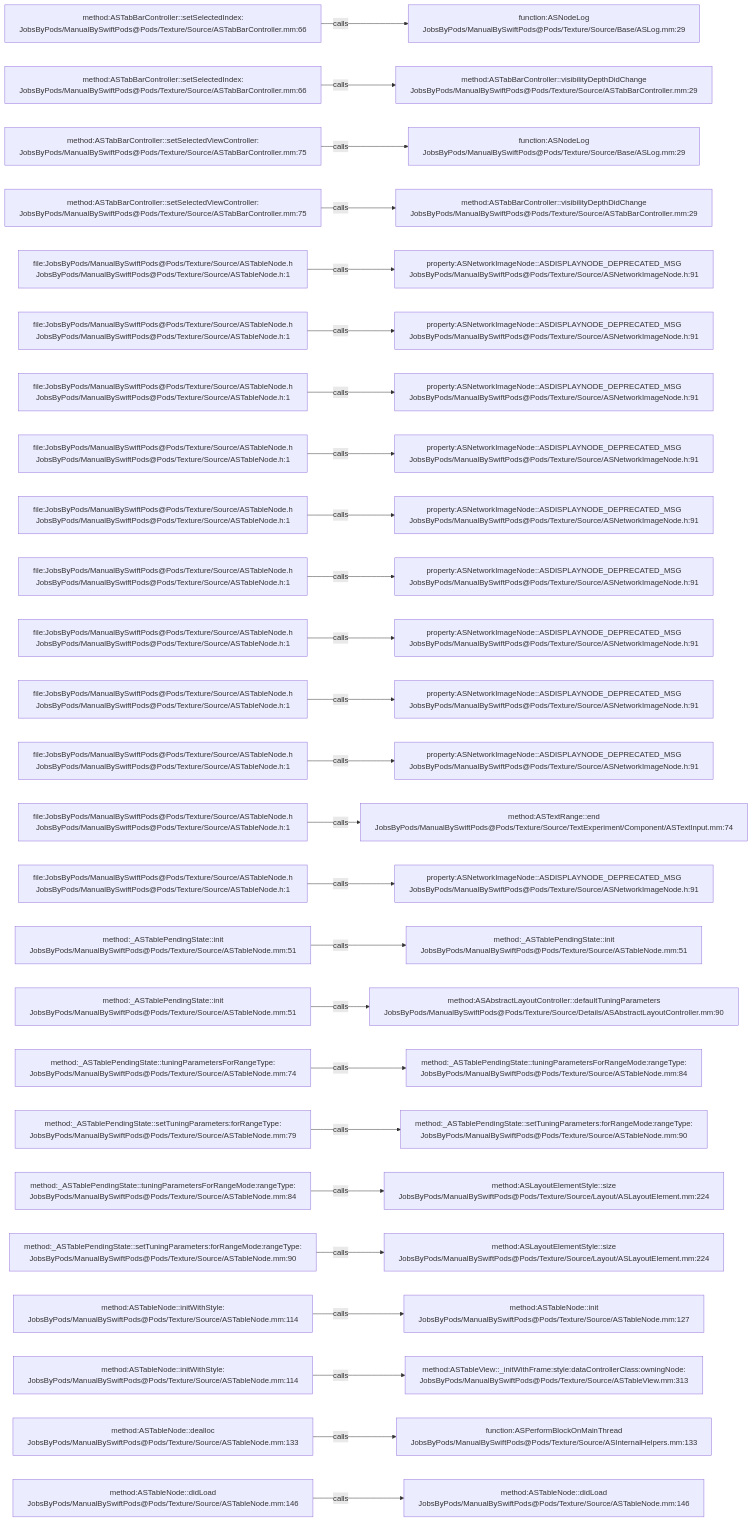
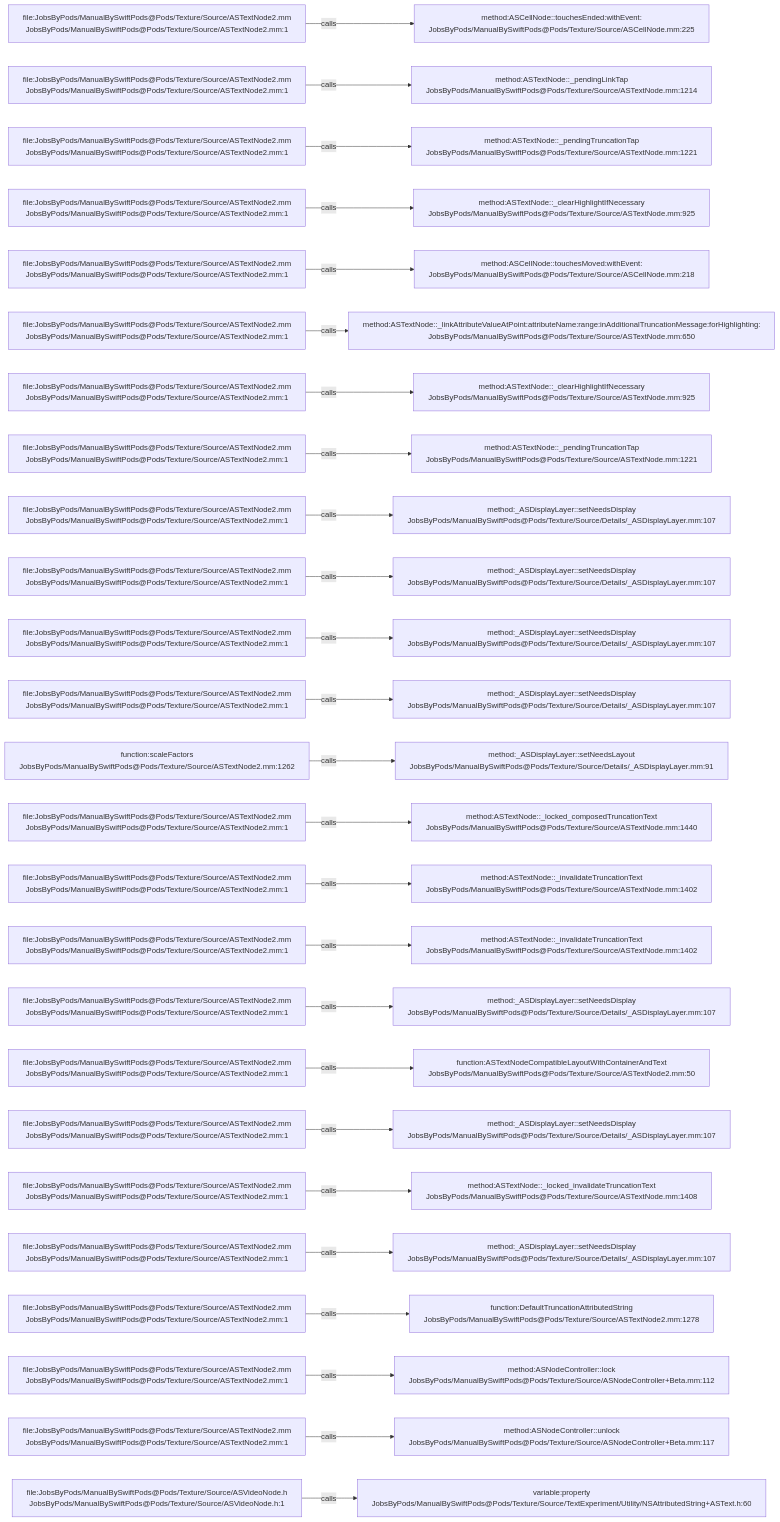
The diagram in .codegraph/codegraph.md/graphs/calls-073.md (JobsKits/JobsSwiftBaseConfigDemo), drawn with Mermaid before and after one commit. The commit also changed 832 other files, not shown here.

````diff
--- a/.codegraph/codegraph.md/graphs/calls-073.md
+++ b/.codegraph/codegraph.md/graphs/calls-073.md
@@ -13,78 +13,78 @@
 ```mermaid
 flowchart LR
-  S1["method:ASTabBarController::setSelectedIndex:<br/>JobsByPods/ManualBySwiftPods@Pods/Texture/Source/ASTabBarController.mm:66"]
-  T1["function:ASNodeLog<br/>JobsByPods/ManualBySwiftPods@Pods/Texture/Source/Base/ASLog.mm:29"]
+  S1["file:JobsByPods/ManualBySwiftPods@Pods/Texture/Source/ASTextNode2.mm<br/>JobsByPods/ManualBySwiftPods@Pods/Texture/Source/ASTextNode2.mm:1"]
+  T1["method:ASCellNode::touchesEnded:withEvent:<br/>JobsByPods/ManualBySwiftPods@Pods/Texture/Source/ASCellNode.mm:225"]
   S1 -->|calls| T1
-  S2["method:ASTabBarController::setSelectedIndex:<br/>JobsByPods/ManualBySwiftPods@Pods/Texture/Source/ASTabBarController.mm:66"]
-  T2["method:ASTabBarController::visibilityDepthDidChange<br/>JobsByPods/ManualBySwiftPods@Pods/Texture/Source/ASTabBarController.mm:29"]
+  S2["file:JobsByPods/ManualBySwiftPods@Pods/Texture/Source/ASTextNode2.mm<br/>JobsByPods/ManualBySwiftPods@Pods/Texture/Source/ASTextNode2.mm:1"]
+  T2["method:ASTextNode::_pendingLinkTap<br/>JobsByPods/ManualBySwiftPods@Pods/Texture/Source/ASTextNode.mm:1214"]
   S2 -->|calls| T2
-  S3["method:ASTabBarController::setSelectedViewController:<br/>JobsByPods/ManualBySwiftPods@Pods/Texture/Source/ASTabBarController.mm:75"]
-  T3["function:ASNodeLog<br/>JobsByPods/ManualBySwiftPods@Pods/Texture/Source/Base/ASLog.mm:29"]
+  S3["file:JobsByPods/ManualBySwiftPods@Pods/Texture/Source/ASTextNode2.mm<br/>JobsByPods/ManualBySwiftPods@Pods/Texture/Source/ASTextNode2.mm:1"]
+  T3["method:ASTextNode::_pendingTruncationTap<br/>JobsByPods/ManualBySwiftPods@Pods/Texture/Source/ASTextNode.mm:1221"]
   S3 -->|calls| T3
-  S4["method:ASTabBarController::setSelectedViewController:<br/>JobsByPods/ManualBySwiftPods@Pods/Texture/Source/ASTabBarController.mm:75"]
-  T4["method:ASTabBarController::visibilityDepthDidChange<br/>JobsByPods/ManualBySwiftPods@Pods/Texture/Source/ASTabBarController.mm:29"]
+  S4["file:JobsByPods/ManualBySwiftPods@Pods/Texture/Source/ASTextNode2.mm<br/>JobsByPods/ManualBySwiftPods@Pods/Texture/Source/ASTextNode2.mm:1"]
+  T4["method:ASTextNode::_clearHighlightIfNecessary<br/>JobsByPods/ManualBySwiftPods@Pods/Texture/Source/ASTextNode.mm:925"]
   S4 -->|calls| T4
-  S5["file:JobsByPods/ManualBySwiftPods@Pods/Texture/Source/ASTableNode.h<br/>JobsByPods/ManualBySwiftPods@Pods/Texture/Source/ASTableNode.h:1"]
-  T5["property:ASNetworkImageNode::ASDISPLAYNODE_DEPRECATED_MSG<br/>JobsByPods/ManualBySwiftPods@Pods/Texture/Source/ASNetworkImageNode.h:91"]
+  S5["file:JobsByPods/ManualBySwiftPods@Pods/Texture/Source/ASTextNode2.mm<br/>JobsByPods/ManualBySwiftPods@Pods/Texture/Source/ASTextNode2.mm:1"]
+  T5["method:ASCellNode::touchesMoved:withEvent:<br/>JobsByPods/ManualBySwiftPods@Pods/Texture/Source/ASCellNode.mm:218"]
   S5 -->|calls| T5
-  S6["file:JobsByPods/ManualBySwiftPods@Pods/Texture/Source/ASTableNode.h<br/>JobsByPods/ManualBySwiftPods@Pods/Texture/Source/ASTableNode.h:1"]
-  T6["property:ASNetworkImageNode::ASDISPLAYNODE_DEPRECATED_MSG<br/>JobsByPods/ManualBySwiftPods@Pods/Texture/Source/ASNetworkImageNode.h:91"]
+  S6["file:JobsByPods/ManualBySwiftPods@Pods/Texture/Source/ASTextNode2.mm<br/>JobsByPods/ManualBySwiftPods@Pods/Texture/Source/ASTextNode2.mm:1"]
+  T6["method:ASTextNode::_linkAttributeValueAtPoint:attributeName:range:inAdditionalTruncationMessage:forHighlighting:<br/>JobsByPods/ManualBySwiftPods@Pods/Texture/Source/ASTextNode.mm:650"]
   S6 -->|calls| T6
-  S7["file:JobsByPods/ManualBySwiftPods@Pods/Texture/Source/ASTableNode.h<br/>JobsByPods/ManualBySwiftPods@Pods/Texture/Source/ASTableNode.h:1"]
-  T7["property:ASNetworkImageNode::ASDISPLAYNODE_DEPRECATED_MSG<br/>JobsByPods/ManualBySwiftPods@Pods/Texture/Source/ASNetworkImageNode.h:91"]
+  S7["file:JobsByPods/ManualBySwiftPods@Pods/Texture/Source/ASTextNode2.mm<br/>JobsByPods/ManualBySwiftPods@Pods/Texture/Source/ASTextNode2.mm:1"]
+  T7["method:ASTextNode::_clearHighlightIfNecessary<br/>JobsByPods/ManualBySwiftPods@Pods/Texture/Source/ASTextNode.mm:925"]
   S7 -->|calls| T7
-  S8["file:JobsByPods/ManualBySwiftPods@Pods/Texture/Source/ASTableNode.h<br/>JobsByPods/ManualBySwiftPods@Pods/Texture/Source/ASTableNode.h:1"]
-  T8["property:ASNetworkImageNode::ASDISPLAYNODE_DEPRECATED_MSG<br/>JobsByPods/ManualBySwiftPods@Pods/Texture/Source/ASNetworkImageNode.h:91"]
+  S8["file:JobsByPods/ManualBySwiftPods@Pods/Texture/Source/ASTextNode2.mm<br/>JobsByPods/ManualBySwiftPods@Pods/Texture/Source/ASTextNode2.mm:1"]
+  T8["method:ASTextNode::_pendingTruncationTap<br/>JobsByPods/ManualBySwiftPods@Pods/Texture/Source/ASTextNode.mm:1221"]
   S8 -->|calls| T8
-  S9["file:JobsByPods/ManualBySwiftPods@Pods/Texture/Source/ASTableNode.h<br/>JobsByPods/ManualBySwiftPods@Pods/Texture/Source/ASTableNode.h:1"]
-  T9["property:ASNetworkImageNode::ASDISPLAYNODE_DEPRECATED_MSG<br/>JobsByPods/ManualBySwiftPods@Pods/Texture/Source/ASNetworkImageNode.h:91"]
+  S9["file:JobsByPods/ManualBySwiftPods@Pods/Texture/Source/ASTextNode2.mm<br/>JobsByPods/ManualBySwiftPods@Pods/Texture/Source/ASTextNode2.mm:1"]
+  T9["method:_ASDisplayLayer::setNeedsDisplay<br/>JobsByPods/ManualBySwiftPods@Pods/Texture/Source/Details/_ASDisplayLayer.mm:107"]
   S9 -->|calls| T9
-  S10["file:JobsByPods/ManualBySwiftPods@Pods/Texture/Source/ASTableNode.h<br/>JobsByPods/ManualBySwiftPods@Pods/Texture/Source/ASTableNode.h:1"]
-  T10["property:ASNetworkImageNode::ASDISPLAYNODE_DEPRECATED_MSG<br/>JobsByPods/ManualBySwiftPods@Pods/Texture/Source/ASNetworkImageNode.h:91"]
+  S10["file:JobsByPods/ManualBySwiftPods@Pods/Texture/Source/ASTextNode2.mm<br/>JobsByPods/ManualBySwiftPods@Pods/Texture/Source/ASTextNode2.mm:1"]
+  T10["method:_ASDisplayLayer::setNeedsDisplay<br/>JobsByPods/ManualBySwiftPods@Pods/Texture/Source/Details/_ASDisplayLayer.mm:107"]
   S10 -->|calls| T10
-  S11["file:JobsByPods/ManualBySwiftPods@Pods/Texture/Source/ASTableNode.h<br/>JobsByPods/ManualBySwiftPods@Pods/Texture/Source/ASTableNode.h:1"]
-  T11["property:ASNetworkImageNode::ASDISPLAYNODE_DEPRECATED_MSG<br/>JobsByPods/ManualBySwiftPods@Pods/Texture/Source/ASNetworkImageNode.h:91"]
+  S11["file:JobsByPods/ManualBySwiftPods@Pods/Texture/Source/ASTextNode2.mm<br/>JobsByPods/ManualBySwiftPods@Pods/Texture/Source/ASTextNode2.mm:1"]
+  T11["method:_ASDisplayLayer::setNeedsDisplay<br/>JobsByPods/ManualBySwiftPods@Pods/Texture/Source/Details/_ASDisplayLayer.mm:107"]
   S11 -->|calls| T11
-  S12["file:JobsByPods/ManualBySwiftPods@Pods/Texture/Source/ASTableNode.h<br/>JobsByPods/ManualBySwiftPods@Pods/Texture/Source/ASTableNode.h:1"]
-  T12["property:ASNetworkImageNode::ASDISPLAYNODE_DEPRECATED_MSG<br/>JobsByPods/ManualBySwiftPods@Pods/Texture/Source/ASNetworkImageNode.h:91"]
+  S12["file:JobsByPods/ManualBySwiftPods@Pods/Texture/Source/ASTextNode2.mm<br/>JobsByPods/ManualBySwiftPods@Pods/Texture/Source/ASTextNode2.mm:1"]
+  T12["method:_ASDisplayLayer::setNeedsDisplay<br/>JobsByPods/ManualBySwiftPods@Pods/Texture/Source/Details/_ASDisplayLayer.mm:107"]
   S12 -->|calls| T12
-  S13["file:JobsByPods/ManualBySwiftPods@Pods/Texture/Source/ASTableNode.h<br/>JobsByPods/ManualBySwiftPods@Pods/Texture/Source/ASTableNode.h:1"]
-  T13["property:ASNetworkImageNode::ASDISPLAYNODE_DEPRECATED_MSG<br/>JobsByPods/ManualBySwiftPods@Pods/Texture/Source/ASNetworkImageNode.h:91"]
+  S13["function:scaleFactors<br/>JobsByPods/ManualBySwiftPods@Pods/Texture/Source/ASTextNode2.mm:1262"]
+  T13["method:_ASDisplayLayer::setNeedsLayout<br/>JobsByPods/ManualBySwiftPods@Pods/Texture/Source/Details/_ASDisplayLayer.mm:91"]
   S13 -->|calls| T13
-  S14["file:JobsByPods/ManualBySwiftPods@Pods/Texture/Source/ASTableNode.h<br/>JobsByPods/ManualBySwiftPods@Pods/Texture/Source/ASTableNode.h:1"]
-  T14["method:ASTextRange::end<br/>JobsByPods/ManualBySwiftPods@Pods/Texture/Source/TextExperiment/Component/ASTextInput.mm:74"]
+  S14["file:JobsByPods/ManualBySwiftPods@Pods/Texture/Source/ASTextNode2.mm<br/>JobsByPods/ManualBySwiftPods@Pods/Texture/Source/ASTextNode2.mm:1"]
+  T14["method:ASTextNode::_locked_composedTruncationText<br/>JobsByPods/ManualBySwiftPods@Pods/Texture/Source/ASTextNode.mm:1440"]
   S14 -->|calls| T14
-  S15["file:JobsByPods/ManualBySwiftPods@Pods/Texture/Source/ASTableNode.h<br/>JobsByPods/ManualBySwiftPods@Pods/Texture/Source/ASTableNode.h:1"]
-  T15["property:ASNetworkImageNode::ASDISPLAYNODE_DEPRECATED_MSG<br/>JobsByPods/ManualBySwiftPods@Pods/Texture/Source/ASNetworkImageNode.h:91"]
+  S15["file:JobsByPods/ManualBySwiftPods@Pods/Texture/Source/ASTextNode2.mm<br/>JobsByPods/ManualBySwiftPods@Pods/Texture/Source/ASTextNode2.mm:1"]
+  T15["method:ASTextNode::_invalidateTruncationText<br/>JobsByPods/ManualBySwiftPods@Pods/Texture/Source/ASTextNode.mm:1402"]
   S15 -->|calls| T15
-  S16["method:_ASTablePendingState::init<br/>JobsByPods/ManualBySwiftPods@Pods/Texture/Source/ASTableNode.mm:51"]
-  T16["method:_ASTablePendingState::init<br/>JobsByPods/ManualBySwiftPods@Pods/Texture/Source/ASTableNode.mm:51"]
+  S16["file:JobsByPods/ManualBySwiftPods@Pods/Texture/Source/ASTextNode2.mm<br/>JobsByPods/ManualBySwiftPods@Pods/Texture/Source/ASTextNode2.mm:1"]
+  T16["method:ASTextNode::_invalidateTruncationText<br/>JobsByPods/ManualBySwiftPods@Pods/Texture/Source/ASTextNode.mm:1402"]
   S16 -->|calls| T16
-  S17["method:_ASTablePendingState::init<br/>JobsByPods/ManualBySwiftPods@Pods/Texture/Source/ASTableNode.mm:51"]
-  T17["method:ASAbstractLayoutController::defaultTuningParameters<br/>JobsByPods/ManualBySwiftPods@Pods/Texture/Source/Details/ASAbstractLayoutController.mm:90"]
+  S17["file:JobsByPods/ManualBySwiftPods@Pods/Texture/Source/ASTextNode2.mm<br/>JobsByPods/ManualBySwiftPods@Pods/Texture/Source/ASTextNode2.mm:1"]
+  T17["method:_ASDisplayLayer::setNeedsDisplay<br/>JobsByPods/ManualBySwiftPods@Pods/Texture/Source/Details/_ASDisplayLayer.mm:107"]
   S17 -->|calls| T17
-  S18["method:_ASTablePendingState::tuningParametersForRangeType:<br/>JobsByPods/ManualBySwiftPods@Pods/Texture/Source/ASTableNode.mm:74"]
-  T18["method:_ASTablePendingState::tuningParametersForRangeMode:rangeType:<br/>JobsByPods/ManualBySwiftPods@Pods/Texture/Source/ASTableNode.mm:84"]
+  S18["file:JobsByPods/ManualBySwiftPods@Pods/Texture/Source/ASTextNode2.mm<br/>JobsByPods/ManualBySwiftPods@Pods/Texture/Source/ASTextNode2.mm:1"]
+  T18["function:ASTextNodeCompatibleLayoutWithContainerAndText<br/>JobsByPods/ManualBySwiftPods@Pods/Texture/Source/ASTextNode2.mm:50"]
   S18 -->|calls| T18
-  S19["method:_ASTablePendingState::setTuningParameters:forRangeType:<br/>JobsByPods/ManualBySwiftPods@Pods/Texture/Source/ASTableNode.mm:79"]
-  T19["method:_ASTablePendingState::setTuningParameters:forRangeMode:rangeType:<br/>JobsByPods/ManualBySwiftPods@Pods/Texture/Source/ASTableNode.mm:90"]
+  S19["file:JobsByPods/ManualBySwiftPods@Pods/Texture/Source/ASTextNode2.mm<br/>JobsByPods/ManualBySwiftPods@Pods/Texture/Source/ASTextNode2.mm:1"]
+  T19["method:_ASDisplayLayer::setNeedsDisplay<br/>JobsByPods/ManualBySwiftPods@Pods/Texture/Source/Details/_ASDisplayLayer.mm:107"]
   S19 -->|calls| T19
-  S20["method:_ASTablePendingState::tuningParametersForRangeMode:rangeType:<br/>JobsByPods/ManualBySwiftPods@Pods/Texture/Source/ASTableNode.mm:84"]
-  T20["method:ASLayoutElementStyle::size<br/>JobsByPods/ManualBySwiftPods@Pods/Texture/Source/Layout/ASLayoutElement.mm:224"]
+  S20["file:JobsByPods/ManualBySwiftPods@Pods/Texture/Source/ASTextNode2.mm<br/>JobsByPods/ManualBySwiftPods@Pods/Texture/Source/ASTextNode2.mm:1"]
+  T20["method:ASTextNode::_locked_invalidateTruncationText<br/>JobsByPods/ManualBySwiftPods@Pods/Texture/Source/ASTextNode.mm:1408"]
   S20 -->|calls| T20
-  S21["method:_ASTablePendingState::setTuningParameters:forRangeMode:rangeType:<br/>JobsByPods/ManualBySwiftPods@Pods/Texture/Source/ASTableNode.mm:90"]
-  T21["method:ASLayoutElementStyle::size<br/>JobsByPods/ManualBySwiftPods@Pods/Texture/Source/Layout/ASLayoutElement.mm:224"]
+  S21["file:JobsByPods/ManualBySwiftPods@Pods/Texture/Source/ASTextNode2.mm<br/>JobsByPods/ManualBySwiftPods@Pods/Texture/Source/ASTextNode2.mm:1"]
+  T21["method:_ASDisplayLayer::setNeedsDisplay<br/>JobsByPods/ManualBySwiftPods@Pods/Texture/Source/Details/_ASDisplayLayer.mm:107"]
   S21 -->|calls| T21
-  S22["method:ASTableNode::initWithStyle:<br/>JobsByPods/ManualBySwiftPods@Pods/Texture/Source/ASTableNode.mm:114"]
-  T22["method:ASTableNode::init<br/>JobsByPods/ManualBySwiftPods@Pods/Texture/Source/ASTableNode.mm:127"]
+  S22["file:JobsByPods/ManualBySwiftPods@Pods/Texture/Source/ASTextNode2.mm<br/>JobsByPods/ManualBySwiftPods@Pods/Texture/Source/ASTextNode2.mm:1"]
+  T22["function:DefaultTruncationAttributedString<br/>JobsByPods/ManualBySwiftPods@Pods/Texture/Source/ASTextNode2.mm:1278"]
   S22 -->|calls| T22
-  S23["method:ASTableNode::initWithStyle:<br/>JobsByPods/ManualBySwiftPods@Pods/Texture/Source/ASTableNode.mm:114"]
-  T23["method:ASTableView::_initWithFrame:style:dataControllerClass:owningNode:<br/>JobsByPods/ManualBySwiftPods@Pods/Texture/Source/ASTableView.mm:313"]
+  S23["file:JobsByPods/ManualBySwiftPods@Pods/Texture/Source/ASTextNode2.mm<br/>JobsByPods/ManualBySwiftPods@Pods/Texture/Source/ASTextNode2.mm:1"]
+  T23["method:ASNodeController::lock<br/>JobsByPods/ManualBySwiftPods@Pods/Texture/Source/ASNodeController+Beta.mm:112"]
   S23 -->|calls| T23
-  S24["method:ASTableNode::dealloc<br/>JobsByPods/ManualBySwiftPods@Pods/Texture/Source/ASTableNode.mm:133"]
-  T24["function:ASPerformBlockOnMainThread<br/>JobsByPods/ManualBySwiftPods@Pods/Texture/Source/ASInternalHelpers.mm:133"]
+  S24["file:JobsByPods/ManualBySwiftPods@Pods/Texture/Source/ASTextNode2.mm<br/>JobsByPods/ManualBySwiftPods@Pods/Texture/Source/ASTextNode2.mm:1"]
+  T24["method:ASNodeController::unlock<br/>JobsByPods/ManualBySwiftPods@Pods/Texture/Source/ASNodeController+Beta.mm:117"]
   S24 -->|calls| T24
-  S25["method:ASTableNode::didLoad<br/>JobsByPods/ManualBySwiftPods@Pods/Texture/Source/ASTableNode.mm:146"]
-  T25["method:ASTableNode::didLoad<br/>JobsByPods/ManualBySwiftPods@Pods/Texture/Source/ASTableNode.mm:146"]
+  S25["file:JobsByPods/ManualBySwiftPods@Pods/Texture/Source/ASVideoNode.h<br/>JobsByPods/ManualBySwiftPods@Pods/Texture/Source/ASVideoNode.h:1"]
+  T25["variable:property<br/>JobsByPods/ManualBySwiftPods@Pods/Texture/Source/TextExperiment/Utility/NSAttributedString+ASText.h:60"]
   S25 -->|calls| T25
 ```
````
